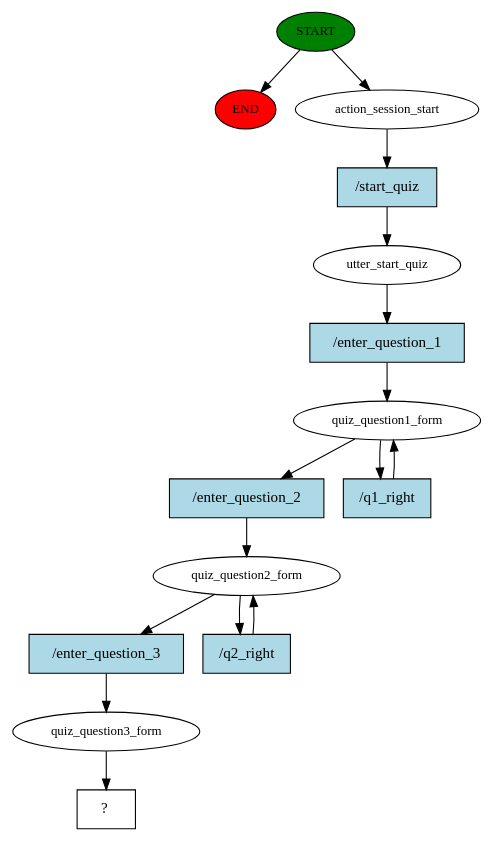
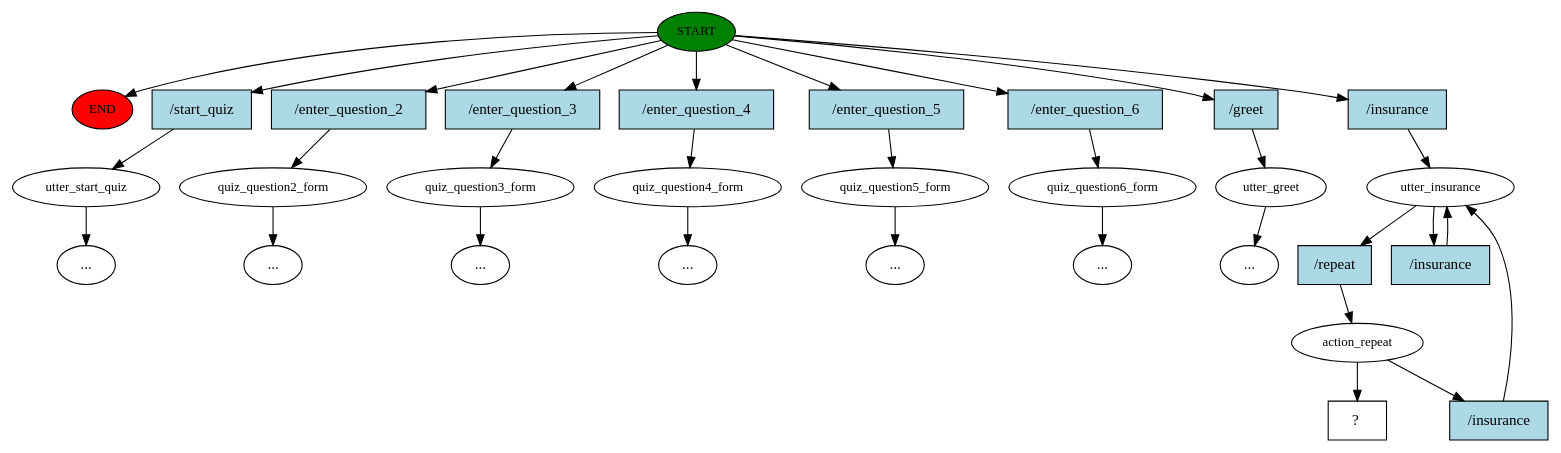
Before and after one commit to se-labor/alfa-bot-chatbots: the diagram in story_graph.dot, drawn with Graphviz. The commit also changed 5 other files, not shown here.

```diff
--- a/story_graph.dot
+++ b/story_graph.dot
@@ -1,31 +1,63 @@
 digraph  {
 0 [class="start active", fillcolor=green, fontsize=12, label=START, style=filled];
 "-1" [class=end, fillcolor=red, fontsize=12, label=END, style=filled];
-1 [class=active, fontsize=12, label=action_session_start];
-2 [class=active, fontsize=12, label=utter_start_quiz];
-3 [class=active, fontsize=12, label=quiz_question1_form];
-5 [class=active, fontsize=12, label=quiz_question2_form];
-7 [class=active, fontsize=12, label=quiz_question3_form];
-8 [class="intent dashed active", label="  ?  ", shape=rect];
-9 [class="intent active", fillcolor=lightblue, label="/start_quiz", shape=rect, style=filled];
-10 [class="intent active", fillcolor=lightblue, label="/enter_question_1", shape=rect, style=filled];
-11 [class="intent active", fillcolor=lightblue, label="/enter_question_2", shape=rect, style=filled];
-12 [class="intent active", fillcolor=lightblue, label="/q1_right", shape=rect, style=filled];
-13 [class="intent active", fillcolor=lightblue, label="/enter_question_3", shape=rect, style=filled];
-14 [class="intent active", fillcolor=lightblue, label="/q2_right", shape=rect, style=filled];
+1 [class="", fontsize=12, label=utter_start_quiz];
+"-4" [class=ellipsis, label="..."];
+3 [class="", fontsize=12, label=quiz_question2_form];
+"-5" [class=ellipsis, label="..."];
+4 [class="", fontsize=12, label=quiz_question3_form];
+"-6" [class=ellipsis, label="..."];
+5 [class="", fontsize=12, label=quiz_question4_form];
+"-7" [class=ellipsis, label="..."];
+6 [class="", fontsize=12, label=quiz_question5_form];
+"-8" [class=ellipsis, label="..."];
+7 [class="", fontsize=12, label=quiz_question6_form];
+"-9" [class=ellipsis, label="..."];
+8 [class="", fontsize=12, label=utter_greet];
+"-10" [class=ellipsis, label="..."];
+9 [class=active, fontsize=12, label=utter_insurance];
+11 [class=active, fontsize=12, label=action_repeat];
+18 [class="intent dashed active", label="  ?  ", shape=rect];
+19 [class=intent, fillcolor=lightblue, label="/start_quiz", shape=rect, style=filled];
+20 [class=intent, fillcolor=lightblue, label="/enter_question_2", shape=rect, style=filled];
+21 [class=intent, fillcolor=lightblue, label="/enter_question_3", shape=rect, style=filled];
+22 [class=intent, fillcolor=lightblue, label="/enter_question_4", shape=rect, style=filled];
+23 [class=intent, fillcolor=lightblue, label="/enter_question_5", shape=rect, style=filled];
+24 [class=intent, fillcolor=lightblue, label="/enter_question_6", shape=rect, style=filled];
+25 [class=intent, fillcolor=lightblue, label="/greet", shape=rect, style=filled];
+26 [class="intent active", fillcolor=lightblue, label="/insurance", shape=rect, style=filled];
+27 [class="intent active", fillcolor=lightblue, label="/repeat", shape=rect, style=filled];
+28 [class="intent active", fillcolor=lightblue, label="/insurance", shape=rect, style=filled];
+29 [class="intent active", fillcolor=lightblue, label="/insurance", shape=rect, style=filled];
 0 -> "-1"  [class="", key=NONE, label=""];
-0 -> 1  [class=active, key=NONE, label=""];
-1 -> 9  [class=active, key=0];
-2 -> 10  [class=active, key=0];
-3 -> 11  [class=active, key=0];
-3 -> 12  [class=active, key=0];
-5 -> 13  [class=active, key=0];
-5 -> 14  [class=active, key=0];
-7 -> 8  [class=active, key=NONE, label=""];
-9 -> 2  [class=active, key=0];
-10 -> 3  [class=active, key=0];
-11 -> 5  [class=active, key=0];
-12 -> 3  [class=active, key=0];
-13 -> 7  [class=active, key=0];
-14 -> 5  [class=active, key=0];
+0 -> 19  [class="", key=0];
+0 -> 20  [class="", key=0];
+0 -> 21  [class="", key=0];
+0 -> 22  [class="", key=0];
+0 -> 23  [class="", key=0];
+0 -> 24  [class="", key=0];
+0 -> 25  [class="", key=0];
+0 -> 26  [class=active, key=0];
+1 -> "-4"  [class="", key=NONE, label=""];
+3 -> "-5"  [class="", key=NONE, label=""];
+4 -> "-6"  [class="", key=NONE, label=""];
+5 -> "-7"  [class="", key=NONE, label=""];
+6 -> "-8"  [class="", key=NONE, label=""];
+7 -> "-9"  [class="", key=NONE, label=""];
+8 -> "-10"  [class="", key=NONE, label=""];
+9 -> 27  [class=active, key=0];
+9 -> 28  [class=active, key=0];
+11 -> 18  [class=active, key=NONE, label=""];
+11 -> 29  [class=active, key=0];
+19 -> 1  [class="", key=0];
+20 -> 3  [class="", key=0];
+21 -> 4  [class="", key=0];
+22 -> 5  [class="", key=0];
+23 -> 6  [class="", key=0];
+24 -> 7  [class="", key=0];
+25 -> 8  [class="", key=0];
+26 -> 9  [class=active, key=0];
+27 -> 11  [class=active, key=0];
+28 -> 9  [class=active, key=0];
+29 -> 9  [class=active, key=0];
 }
```
